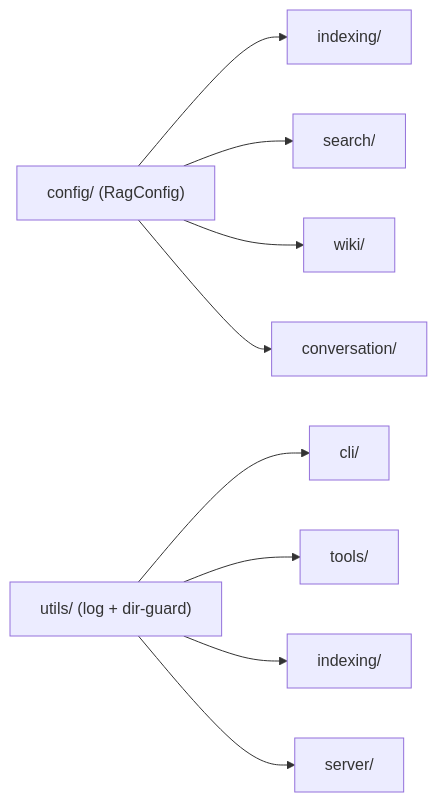
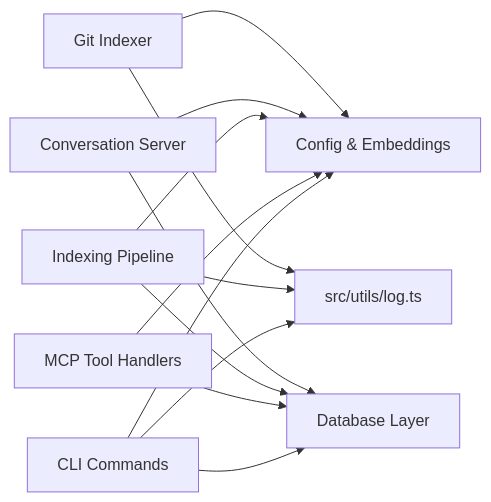
Before and after one commit to TheWinci/mimirs: the second of 2 diagrams in wiki/architecture.md, drawn with Mermaid. The commit also changed other lines of this file and 100 other files, not shown here.

````diff
--- a/wiki/architecture.md
+++ b/wiki/architecture.md
@@ -54,13 +90,19 @@
 ```mermaid
 flowchart LR
-  config_mod["config/ (RagConfig)"]
-  utils_mod["utils/ (log + dir-guard)"]
-  config_mod --> indexing_c["indexing/"]
-  config_mod --> search_c["search/"]
-  config_mod --> wiki_c["wiki/"]
-  config_mod --> conv_c["conversation/"]
-  utils_mod --> cli_c["cli/"]
-  utils_mod --> tools_c["tools/"]
-  utils_mod --> indexing_c2["indexing/"]
-  utils_mod --> server_c["server/"]
+  cfgEmbed["Config & Embeddings"]
+  logUtil["src/utils/log.ts"]
+  dbLayer["Database Layer"]
+
+  cliCmds["CLI Commands"] --> cfgEmbed
+  cliCmds --> logUtil
+  cliCmds --> dbLayer
+  mcpTools["MCP Tool Handlers"] --> cfgEmbed
+  mcpTools --> dbLayer
+  indexing["Indexing Pipeline"] --> cfgEmbed
+  indexing --> logUtil
+  indexing --> dbLayer
+  convServer["Conversation Server"] --> cfgEmbed
+  convServer --> dbLayer
+  gitIdx["Git Indexer"] --> cfgEmbed
+  gitIdx --> logUtil
 ```
````
